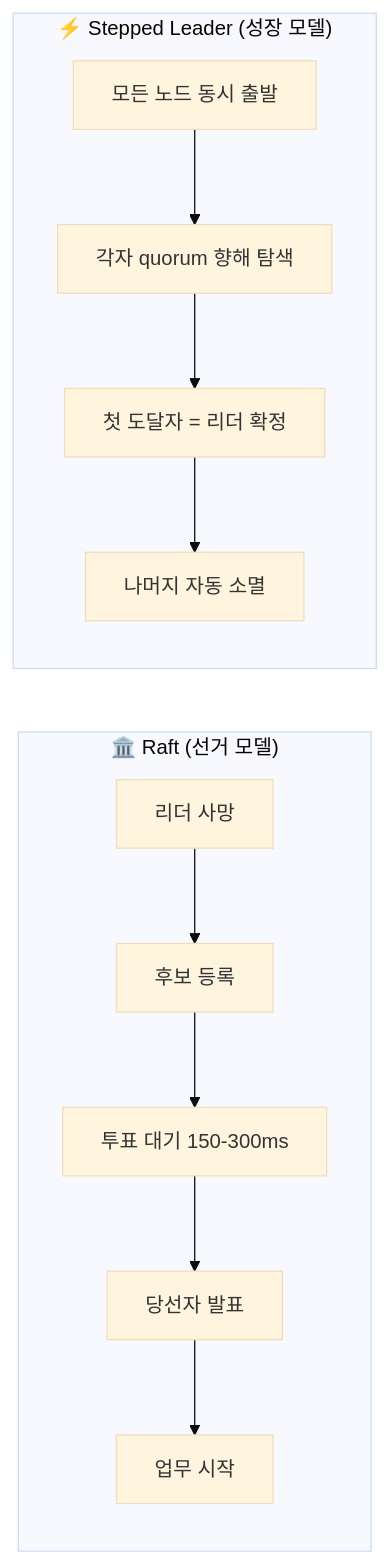
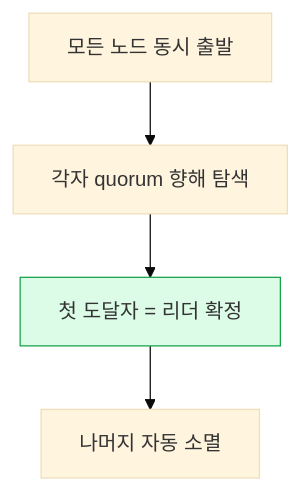
One commit to jawsbaek/blog changed the second of 3 diagrams in _posts/2026-04-22-creativity-explosion-top3.md. Above: the diagram before and after it, drawn with Mermaid (base theme). The commit also changed other lines of this file and 13 other files, not shown here.

````diff
--- a/_posts/2026-04-22-creativity-explosion-top3.md
+++ b/_posts/2026-04-22-creativity-explosion-top3.md
@@ -64,17 +86,8 @@
 ```mermaid
-flowchart LR
-    subgraph Raft["🏛️ Raft (선거 모델)"]
-        direction TB
-        R1[리더 사망] --> R2[후보 등록]
-        R2 --> R3[투표 대기 150-300ms]
-        R3 --> R4[당선자 발표]
-        R4 --> R5[업무 시작]
-    end
-
-    subgraph Lightning["⚡ Stepped Leader (성장 모델)"]
-        direction TB
-        L1[모든 노드 동시 출발] --> L2[각자 quorum 향해 탐색]
-        L2 --> L3[첫 도달자 = 리더 확정]
-        L3 --> L4[나머지 자동 소멸]
-    end
+flowchart TB
+    L1[모든 노드 동시 출발] --> L2[각자 quorum 향해 탐색]
+    L2 --> L3[첫 도달자 = 리더 확정]
+    L3 --> L4[나머지 자동 소멸]
+    classDef win fill:#dcfce7,stroke:#16a34a
+    class L3 win
 ```
````
